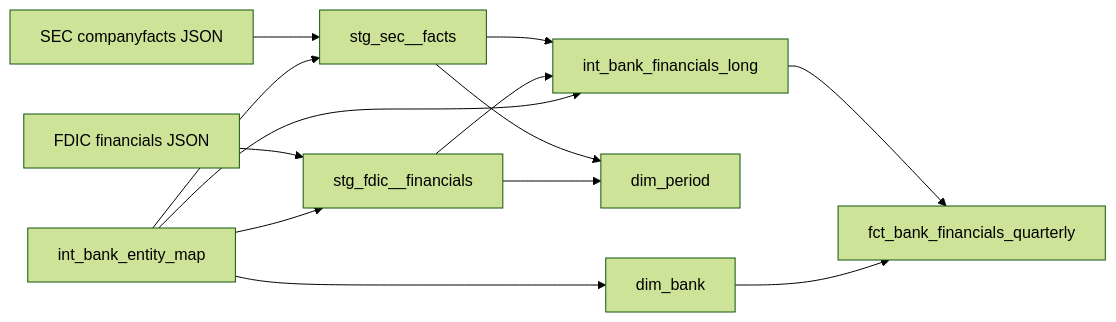
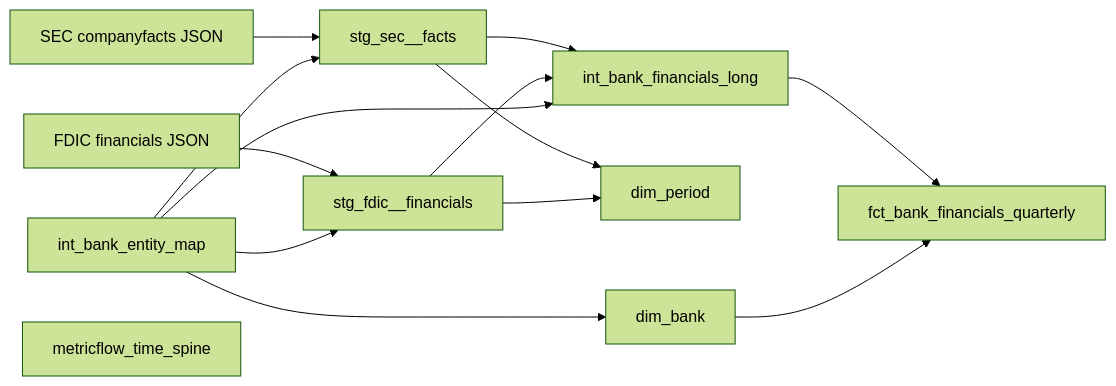
Before and after one commit to naveed949/capitalcite: the diagram in docs/warehouse-lineage.md, drawn with Mermaid (forest theme). The commit also changed other lines of this file and 16 other files, not shown here.

````diff
--- a/docs/warehouse-lineage.md
+++ b/docs/warehouse-lineage.md
@@ -7,15 +7,16 @@
 ```mermaid
 flowchart LR
   secJson[SEC companyfacts JSON] --> stgSec[stg_sec__facts]
   fdicJson[FDIC financials JSON] --> stgFdic[stg_fdic__financials]
   seed[int_bank_entity_map] --> dimBank[dim_bank]
   seed --> stgSec
   seed --> stgFdic
   stgSec --> dimPeriod[dim_period]
   stgFdic --> dimPeriod
   stgSec --> longModel[int_bank_financials_long]
   stgFdic --> longModel
   seed --> longModel
   longModel --> fact[fct_bank_financials_quarterly]
   dimBank --> fact
+  spineDay[metricflow_time_spine]
 ```
````
